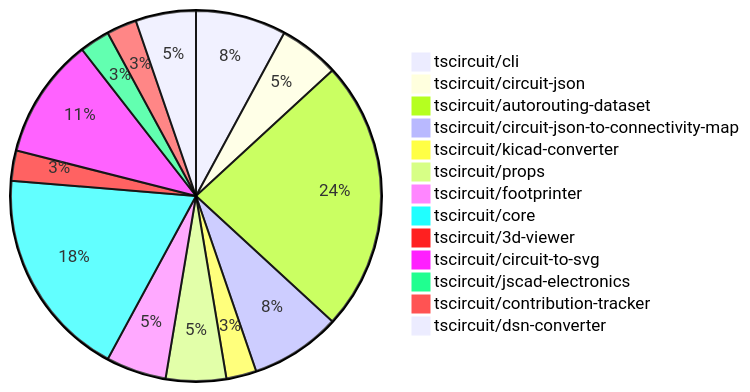
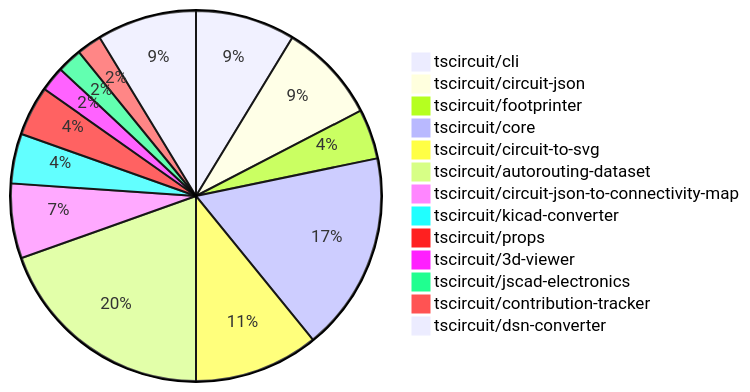
One commit to tscircuit/contribution-tracker changed the diagram in README.md. Above: the diagram before and after it, drawn with Mermaid. The commit also changed other lines of this file and 1 other file, not shown here.

````diff
--- a/README.md
+++ b/README.md
@@ -24,16 +24,16 @@
 ```mermaid
 pie
-    "tscircuit/cli" : 3
-    "tscircuit/circuit-json" : 2
+    "tscircuit/cli" : 4
+    "tscircuit/circuit-json" : 4
+    "tscircuit/footprinter" : 2
+    "tscircuit/core" : 8
+    "tscircuit/circuit-to-svg" : 5
     "tscircuit/autorouting-dataset" : 9
     "tscircuit/circuit-json-to-connectivity-map" : 3
-    "tscircuit/kicad-converter" : 1
+    "tscircuit/kicad-converter" : 2
     "tscircuit/props" : 2
-    "tscircuit/footprinter" : 2
-    "tscircuit/core" : 7
     "tscircuit/3d-viewer" : 1
-    "tscircuit/circuit-to-svg" : 4
     "tscircuit/jscad-electronics" : 1
     "tscircuit/contribution-tracker" : 1
-    "tscircuit/dsn-converter" : 2
+    "tscircuit/dsn-converter" : 4
 ```
````
